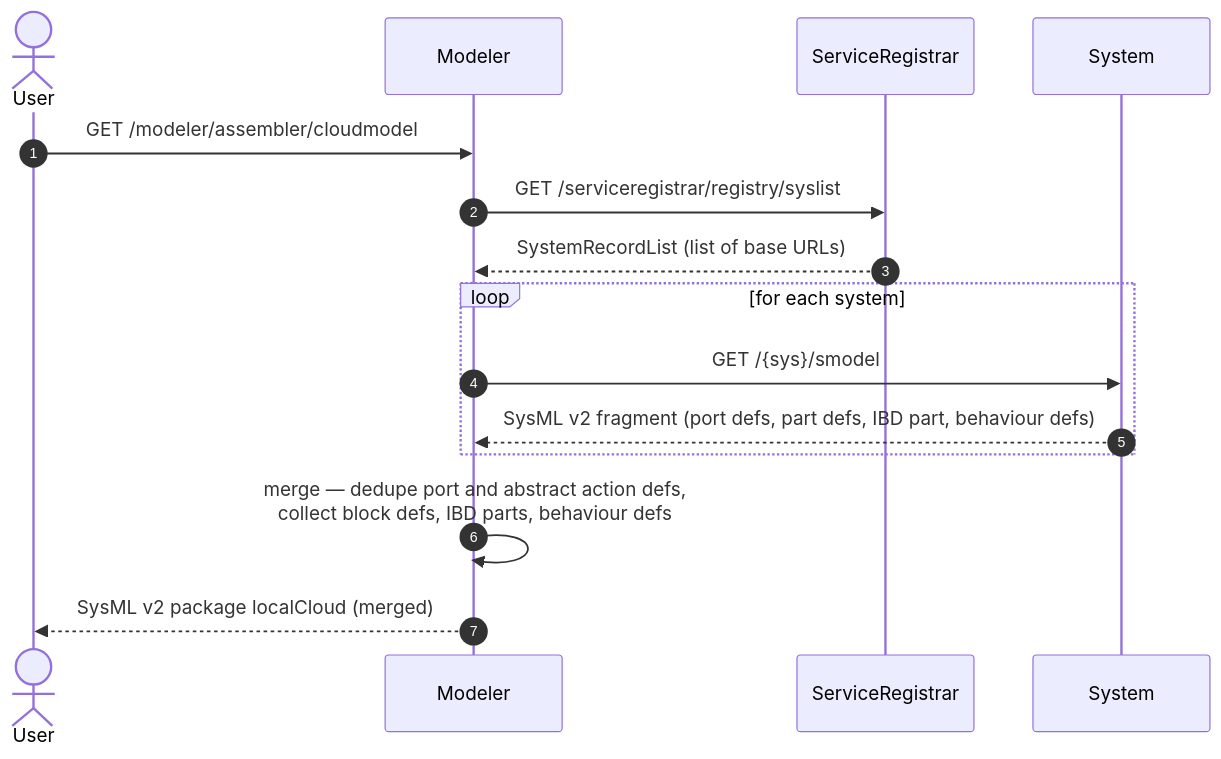
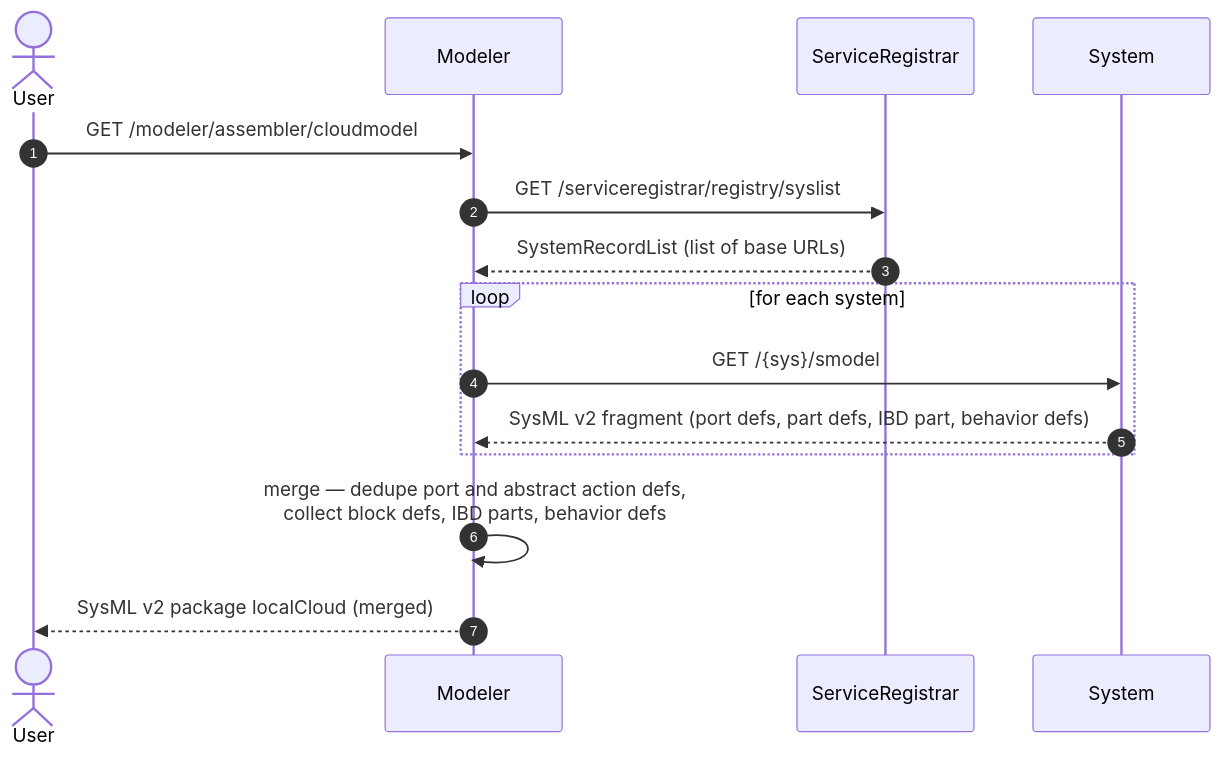
Before and after one commit to sdoque/systems: the diagram in modeler/README.md, drawn with Mermaid. The commit also changed other lines of this file and 54 other files, not shown here.

````diff
--- a/modeler/README.md
+++ b/modeler/README.md
@@ -69,20 +69,20 @@
 ```mermaid
 sequenceDiagram
     autonumber
     actor User
     participant M  as Modeler
     participant SR as ServiceRegistrar
     participant S  as System
 
     User->>M: GET /modeler/assembler/cloudmodel
     M->>SR: GET /serviceregistrar/registry/syslist
     SR-->>M: SystemRecordList (list of base URLs)
 
     loop for each system
         M->>S: GET /{sys}/smodel
-        S-->>M: SysML v2 fragment (port defs, part defs, IBD part, behaviour defs)
+        S-->>M: SysML v2 fragment (port defs, part defs, IBD part, behavior defs)
     end
 
-    M->>M: merge — dedupe port and abstract action defs,<br/>collect block defs, IBD parts, behaviour defs
+    M->>M: merge — dedupe port and abstract action defs,<br/>collect block defs, IBD parts, behavior defs
     M-->>User: SysML v2 package localCloud (merged)
 ```
````
